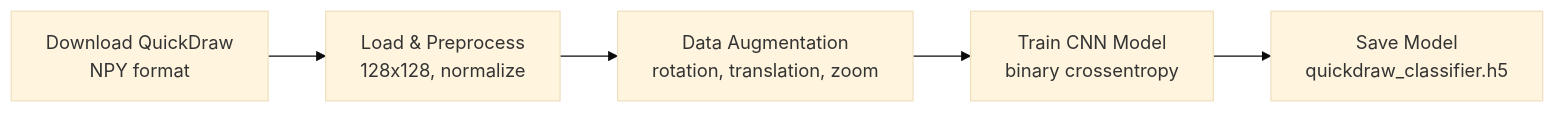
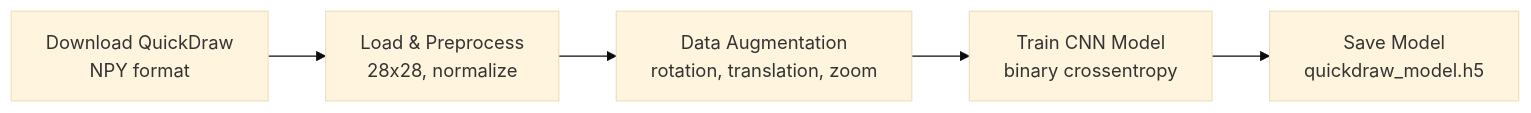
One commit to mc-ondros/DoodleParty changed the second of 5 diagrams in .documentation/architecture.md. Above: the diagram before and after it, drawn with Mermaid (base theme). The commit also changed other lines of this file and 28 other files, not shown here.

````diff
--- a/.documentation/architecture.md
+++ b/.documentation/architecture.md
@@ -102,7 +105,7 @@
 ```mermaid
 graph LR
-    A[Download QuickDraw<br/>NPY format] --> B[Load & Preprocess<br/>128x128, normalize]
+    A[Download QuickDraw<br/>NPY format] --> B[Load & Preprocess<br/>28x28, normalize]
     B --> C[Data Augmentation<br/>rotation, translation, zoom]
     C --> D[Train CNN Model<br/>binary crossentropy]
-    D --> E[Save Model<br/>quickdraw_classifier.h5]
+    D --> E[Save Model<br/>quickdraw_model.h5]
 ```
````
